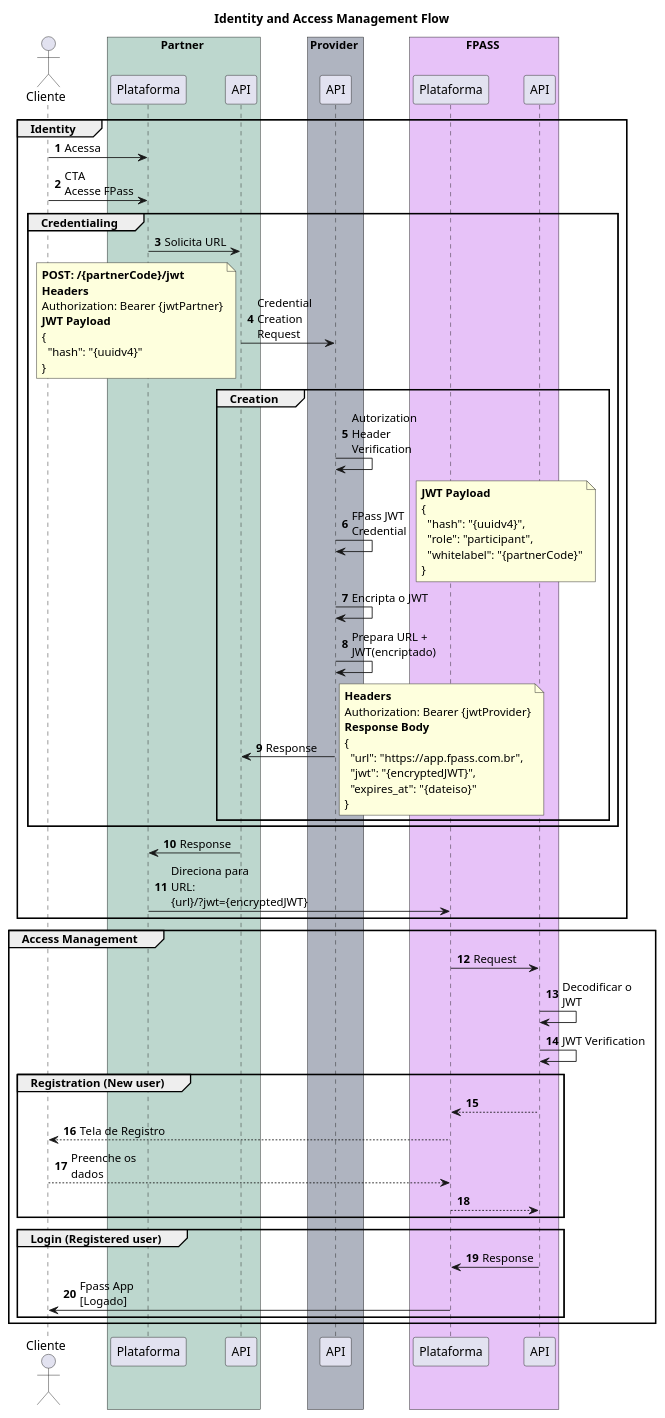
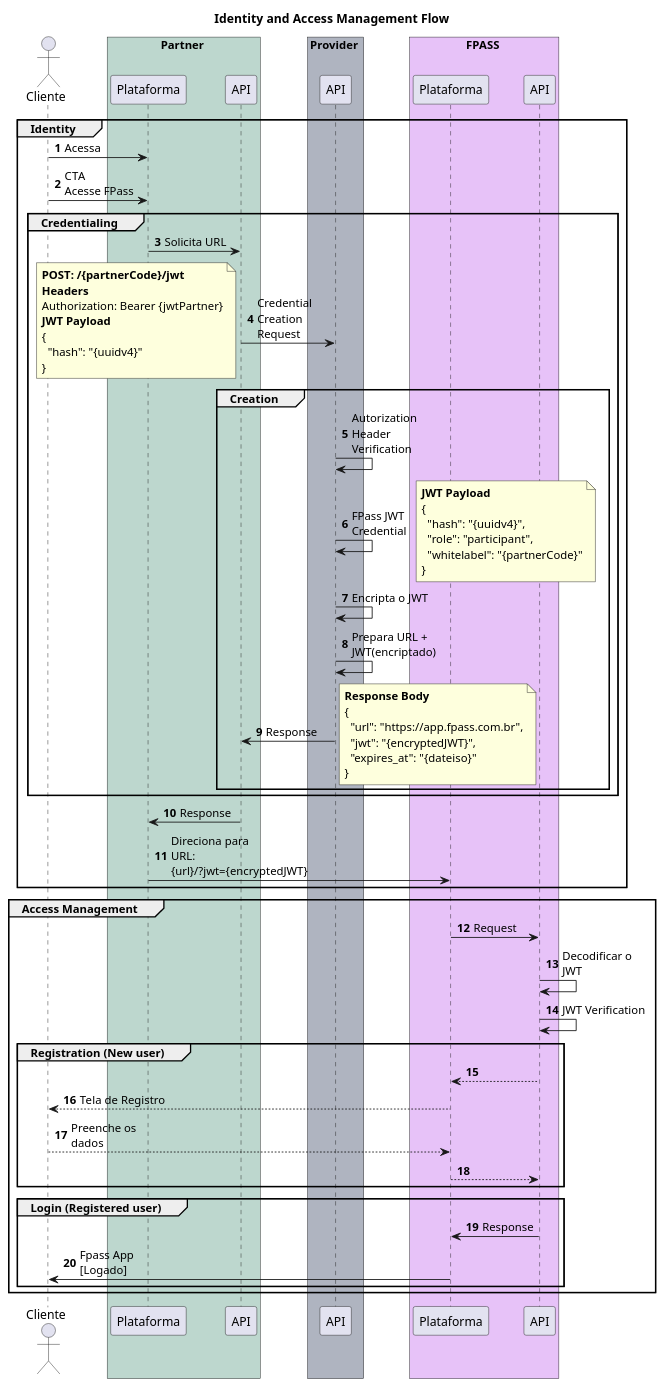
The diagram in uml/iam-overview.iuml (Holding-Fpass/iam-provider-sdk), drawn with PlantUML before and after one commit.

Commit message:
Response body

```diff
--- a/uml/iam-overview.iuml
+++ b/uml/iam-overview.iuml
@@ -1,86 +1,84 @@
 @startuml IAM Flow
 title Identity and Access Management Flow
 autonumber
 skinparam MaxMessageSize 100
 
 actor Cliente
 
 box Partner #2d7f6250
 participant "Plataforma" as PartnerApp
 participant "API" as PartnerAPI
 end box
 
 box Provider #03113650
 participant "API" as ProviderAPI
 end box
 
 box FPASS #b43de750
 participant "Plataforma" as FpassApp
 participant "API" as FpassAPI
 end box
 
 group Identity
 Cliente -> PartnerApp: Acessa
 Cliente -> PartnerApp: CTA\nAcesse FPass
 
 group Credentialing
 
 PartnerApp -> PartnerAPI: Solicita URL
 PartnerAPI -> ProviderAPI: Credential Creation Request
 note left
 **POST: /{partnerCode}/jwt**
 **Headers**
 Authorization: Bearer {jwtPartner}
 **JWT Payload**
 {
   "hash": "{uuidv4}"
 }
 end note
 group Creation
 ProviderAPI -> ProviderAPI: Autorization Header Verification
 ProviderAPI -> ProviderAPI: FPass JWT Credential
 note right
 **JWT Payload**
 {
   "hash": "{uuidv4}",
   "role": "participant",
   "whitelabel": "{partnerCode}"
 }
 end note
 ProviderAPI -> ProviderAPI: Encripta o JWT
 ProviderAPI -> ProviderAPI: Prepara URL + JWT(encriptado)
 ProviderAPI -> PartnerAPI: Response
 note right
-**Headers**
-Authorization: Bearer {jwtProvider}
 **Response Body**
 {
   "url": "https://app.fpass.com.br",
   "jwt": "{encryptedJWT}",
   "expires_at": "{dateiso}"
 }
 end note
 end
 end
 PartnerAPI -> PartnerApp: Response
 PartnerApp -> FpassApp: Direciona para URL: {url}/?jwt={encryptedJWT}
 end
 
 group Access Management
 FpassApp -> FpassAPI: Request
 FpassAPI -> FpassAPI: Decodificar o JWT
 FpassAPI -> FpassAPI: JWT Verification
 group Registration (New user)
 FpassAPI --> FpassApp
 FpassApp --> Cliente: Tela de Registro
 Cliente --> FpassApp: Preenche os dados
 FpassApp --> FpassAPI
 end
 group Login (Registered user)
 FpassAPI -> FpassApp: Response
 FpassApp -> Cliente: Fpass App [Logado]
 end
 end
 
 
 @enduml
```
